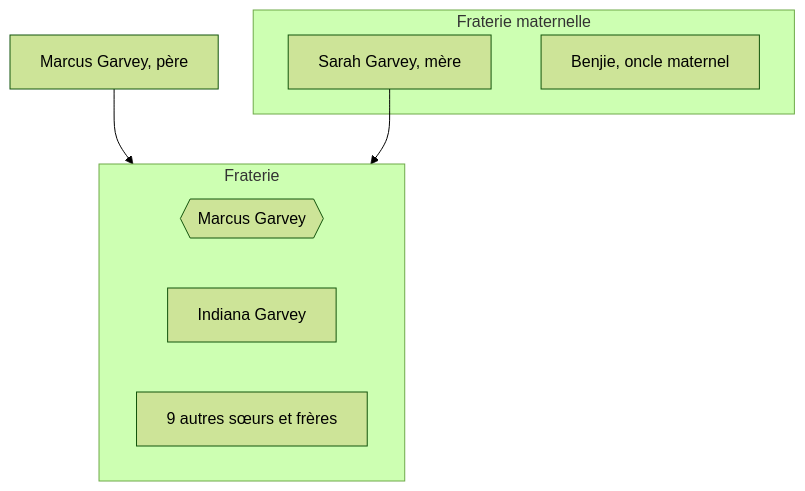
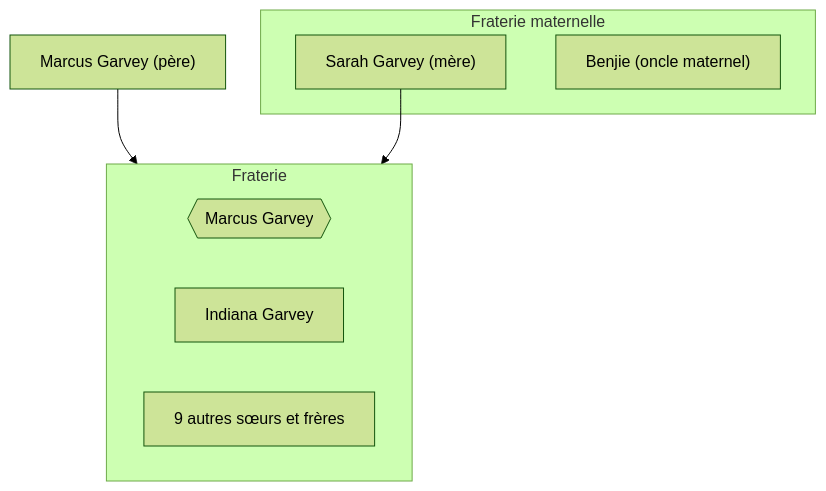
Before and after one commit to ba-moun/Ba-Moun-Save: the diagram in en-cours/personnalite/homme/polymathe/caraibes/midi/colonie/xamayca/marcus-gavey.md, drawn with Mermaid (forest theme). The commit also changed other lines of this file, not shown here.

Commit message:
docs: update en-cours/personnalite/homme/polymathe/caraibes/midi/colonie/xamayca/marcus-gavey

````diff
--- a/en-cours/personnalite/homme/polymathe/caraibes/midi/colonie/xamayca/marcus-gavey.md
+++ b/en-cours/personnalite/homme/polymathe/caraibes/midi/colonie/xamayca/marcus-gavey.md
@@ -34,19 +34,19 @@
 ```mermaid
 flowchart TD
-   id0[Marcus Garvey, père]
+   id0["Marcus Garvey (père)"]
    
    subgraph Fraterie
       id1{{Marcus Garvey}}
       id3[Indiana Garvey]
       id4[9 autres sœurs et frères]
    end
    
    subgraph Fraterie maternelle
-      id2[Sarah Garvey, mère]
-      id6[Benjie, oncle maternel]
+      id2["Sarah Garvey (mère)"]
+      id6["Benjie (oncle maternel)"]
    end
    
    id0 --> Fraterie
    id2 --> Fraterie
       
 ```
````
